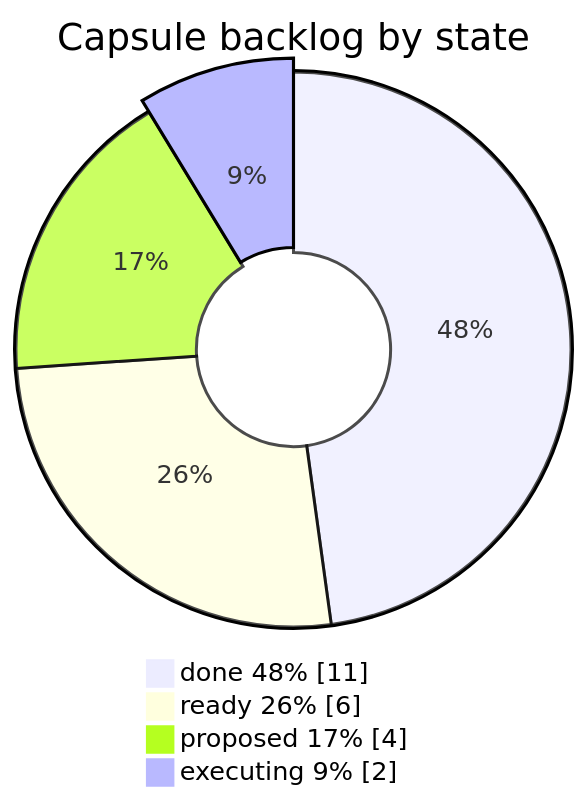
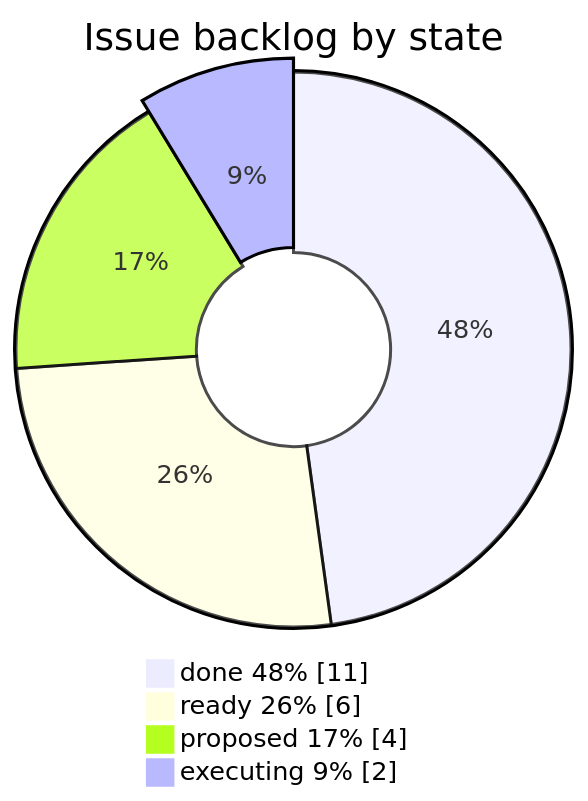
Before and after one commit to ejclark/skynet-capital: the second of 2 diagrams in .claude/skills/mermaid/reference/pie.md, drawn with Mermaid. The commit also changed 12 other files, not shown here.

First line of the commit message:
feat(mermaid-lint): the round-3 rules — registry hex gated, handle / fork / house-noun notes

````diff
--- a/.claude/skills/mermaid/reference/pie.md
+++ b/.claude/skills/mermaid/reference/pie.md
@@ -127,18 +127,18 @@
 ```mermaid
 ---
 config:
   pie:
     textPosition: 0.62
     donutHole: 0.35
     legendPosition: bottom
     highlightSlice: "executing 9%"
 ---
-pie showData title Capsule backlog by state
+pie showData title Issue backlog by state
     accTitle: Issue capsules by lifecycle state
     accDescr: Snapshot of 23 capsules. Slices run clockwise from 12 o'clock, largest first. The executing slice is pulled out.
     %% source order = clockwise order = legend order; % in each label matches the slice text, so no hue is needed
     "done 48%" : 11
     "ready 26%" : 6
     "proposed 17%" : 4
     "executing 9%" : 2
 ```
````
